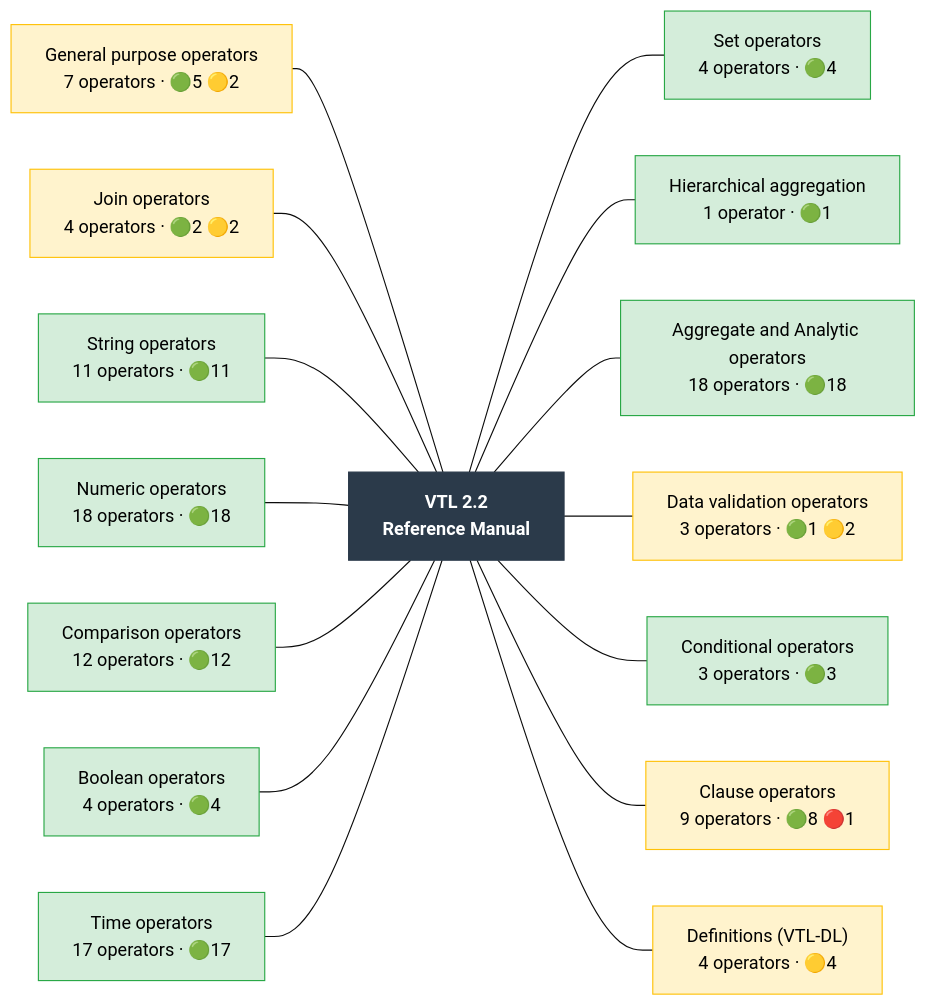
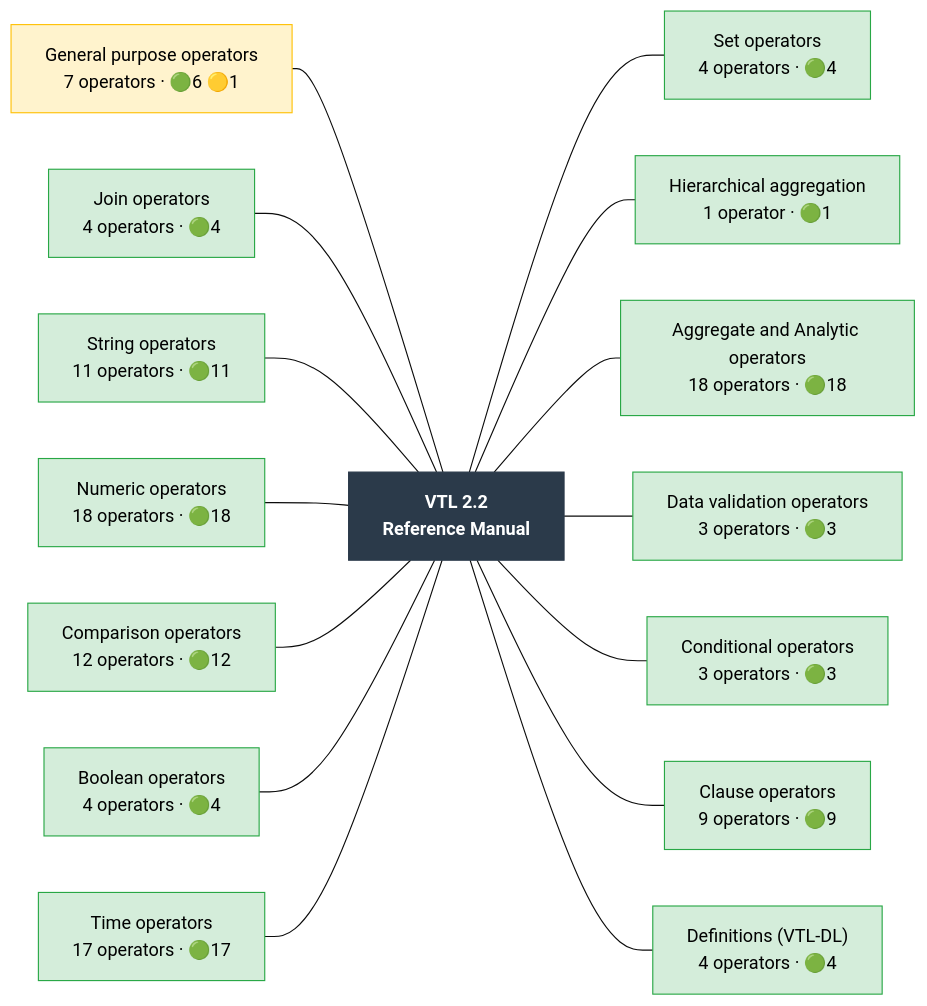
The diagram in docs/operator_map/overview.rst (Meaningful-Data/vtlengine), drawn with Mermaid (base theme) before and after one commit. The commit also changed other lines of this file and 100 other files, not shown here.

```diff
--- a/docs/operator_map/overview.rst
+++ b/docs/operator_map/overview.rst
@@ -17,54 +17,54 @@
 .. mermaid::
    :config: {"flowchart": {"useMaxWidth": false}}
 
    flowchart LR
        classDef ok fill:#d4edda,stroke:#28a745,color:#000
        classDef partial fill:#fff3cd,stroke:#ffc107,color:#000
        classDef refused fill:#d4edda,stroke:#28a745,stroke-width:3px,stroke-dasharray: 2 2,color:#000
        classDef missing fill:#f8d7da,stroke:#dc3545,color:#000
        classDef diverge fill:#cce5ff,stroke:#007bff,color:#000
        classDef block fill:#2b3a4a,stroke:#2b3a4a,color:#fff,font-weight:bold
        classDef ext fill:#fff,stroke:#666,color:#000,stroke-dasharray: 5 5
        R["VTL 2.2<br/>Reference Manual"]:::block
-       chapter__general["General purpose operators<br/>7 operators · 🟢5 🟡2"]:::partial
-       chapter__join["Join operators<br/>4 operators · 🟢2 🟡2"]:::partial
+       chapter__general["General purpose operators<br/>7 operators · 🟢6 🟡1"]:::partial
+       chapter__join["Join operators<br/>4 operators · 🟢4"]:::ok
        chapter__string["String operators<br/>11 operators · 🟢11"]:::ok
        chapter__numeric["Numeric operators<br/>18 operators · 🟢18"]:::ok
        chapter__comparison["Comparison operators<br/>12 operators · 🟢12"]:::ok
        chapter__boolean["Boolean operators<br/>4 operators · 🟢4"]:::ok
        chapter__time["Time operators<br/>17 operators · 🟢17"]:::ok
        chapter__set["Set operators<br/>4 operators · 🟢4"]:::ok
        chapter__hierarchy["Hierarchical aggregation<br/>1 operator · 🟢1"]:::ok
        chapter__aggregate["Aggregate and Analytic operators<br/>18 operators · 🟢18"]:::ok
-       chapter__validation["Data validation operators<br/>3 operators · 🟢1 🟡2"]:::partial
+       chapter__validation["Data validation operators<br/>3 operators · 🟢3"]:::ok
        chapter__conditional["Conditional operators<br/>3 operators · 🟢3"]:::ok
-       chapter__clause["Clause operators<br/>9 operators · 🟢8 🔴1"]:::partial
-       chapter__definitions["Definitions (VTL-DL)<br/>4 operators · 🟡4"]:::partial
+       chapter__clause["Clause operators<br/>9 operators · 🟢9"]:::ok
+       chapter__definitions["Definitions (VTL-DL)<br/>4 operators · 🟢4"]:::ok
        chapter__general --- R
        chapter__join --- R
        chapter__string --- R
        chapter__numeric --- R
        chapter__comparison --- R
        chapter__boolean --- R
        chapter__time --- R
        R --- chapter__set
        R --- chapter__hierarchy
        R --- chapter__aggregate
        R --- chapter__validation
        R --- chapter__conditional
        R --- chapter__clause
        R --- chapter__definitions
        click chapter__general href "general/index.html"
        click chapter__join href "join/index.html"
        click chapter__string href "string/index.html"
        click chapter__numeric href "numeric/index.html"
        click chapter__comparison href "comparison/index.html"
        click chapter__boolean href "boolean/index.html"
        click chapter__time href "time/index.html"
        click chapter__set href "set/index.html"
        click chapter__hierarchy href "hierarchy/index.html"
        click chapter__aggregate href "aggregate/index.html"
        click chapter__validation href "validation/index.html"
        click chapter__conditional href "conditional/index.html"
        click chapter__clause href "clause/index.html"
        click chapter__definitions href "definitions/index.html"
```
